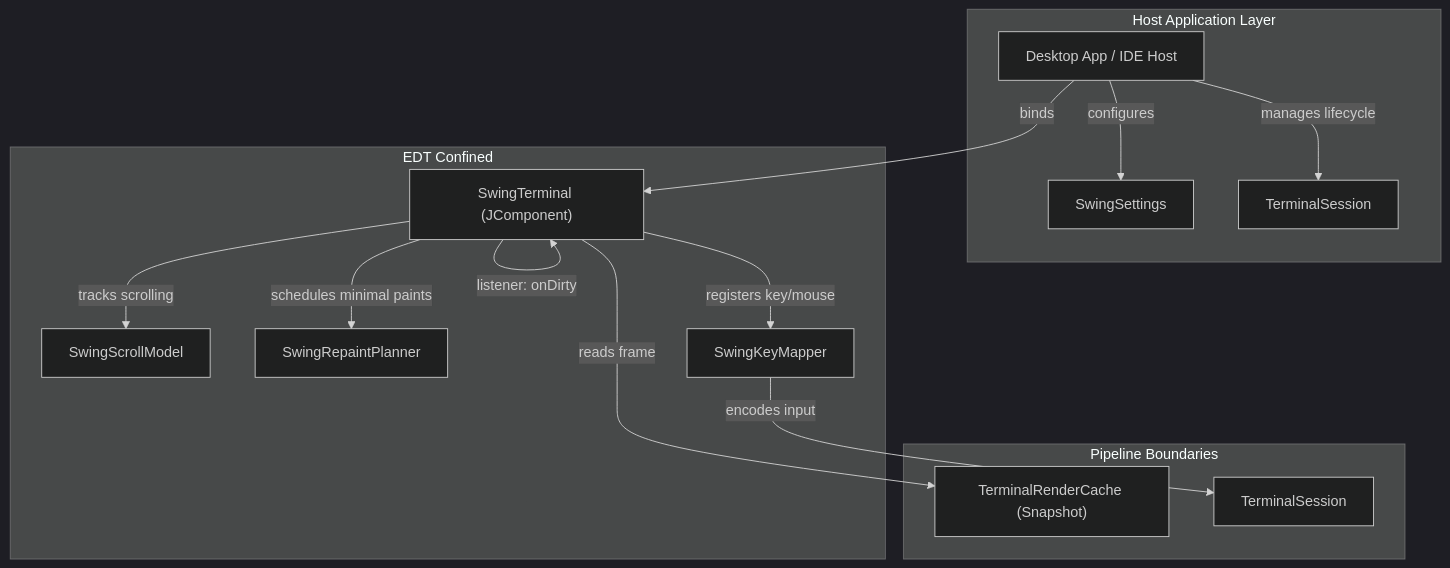
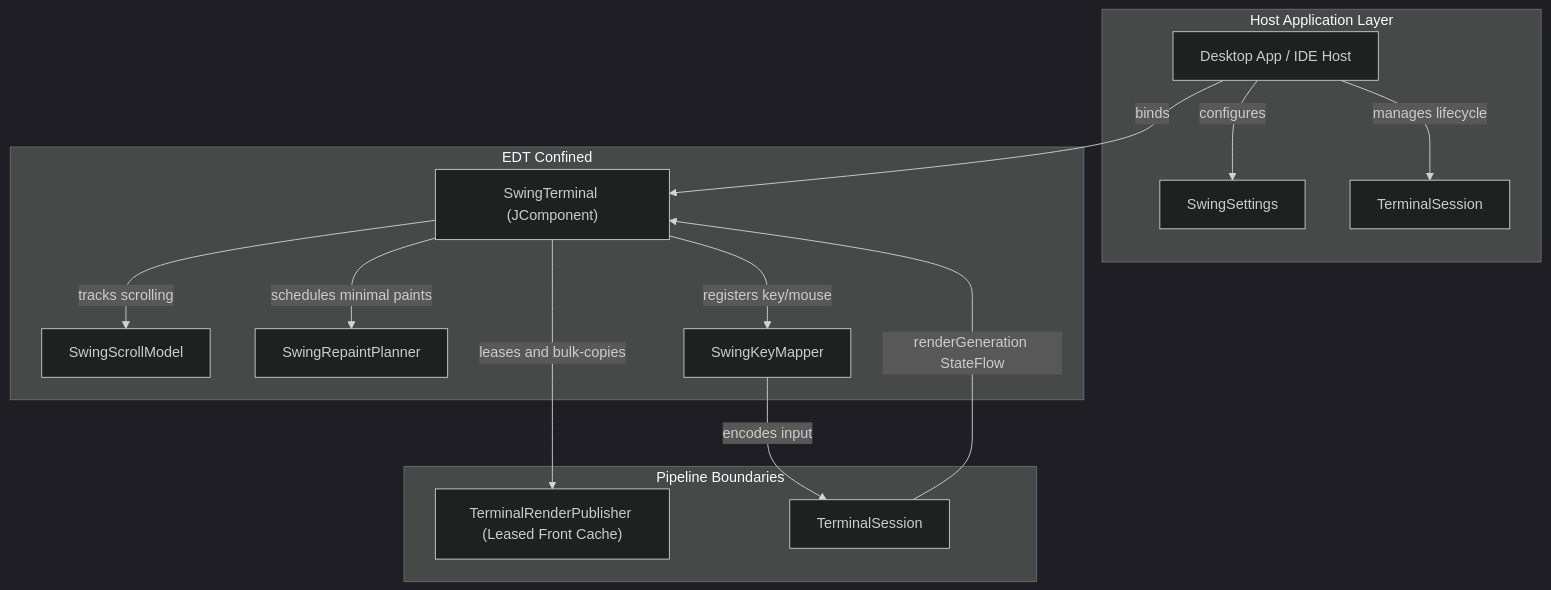
The diagram in ketraterm-ui-swing/Module.md (ketraterm/KetraTerm), drawn with Mermaid (dark theme) before and after one commit. The commit also changed other lines of this file and 42 other files, not shown here.

Commit message:
Introduce `TerminalSession.renderGeneration` and `requestRender` API, add `TerminalSessionState`, and implement render coalescing and lifecycle state observability. Replace `notifyRenderDirty` with precise render requests. Enhance documentation, concurrency strategy, and session benchmarking.

````diff
--- a/ketraterm-ui-swing/Module.md
+++ b/ketraterm-ui-swing/Module.md
@@ -27,28 +27,28 @@
 ```mermaid
 graph TD
     subgraph Host Application Layer
         Host["Desktop App / IDE Host"] -->|configures| Settings["SwingSettings"]
         Host -->|manages lifecycle| Session["TerminalSession"]
     end
 
     subgraph ketraterm-ui-swing[EDT Confined]
         Terminal["SwingTerminal (JComponent)"]
         ScrollModel["SwingScrollModel"]
         RepaintPlanner["SwingRepaintPlanner"]
         KeyMapper["SwingKeyMapper"]
         
         Terminal -->|registers key/mouse| KeyMapper
         Terminal -->|tracks scrolling| ScrollModel
         Terminal -->|schedules minimal paints| RepaintPlanner
     end
 
     subgraph Pipeline Boundaries
-        Cache["TerminalRenderCache (Snapshot)"]
+        PublishedCache["TerminalRenderPublisher (Leased Front Cache)"]
         SessionBoundary["TerminalSession"]
     end
 
     Host -->|binds| Terminal
-    Terminal -->|reads frame| Cache
-    Terminal -->|listener: onDirty| Terminal
+    SessionBoundary -->|renderGeneration StateFlow| Terminal
+    Terminal -->|leases and bulk-copies| PublishedCache
     KeyMapper -->|encodes input| SessionBoundary
 ```
````
